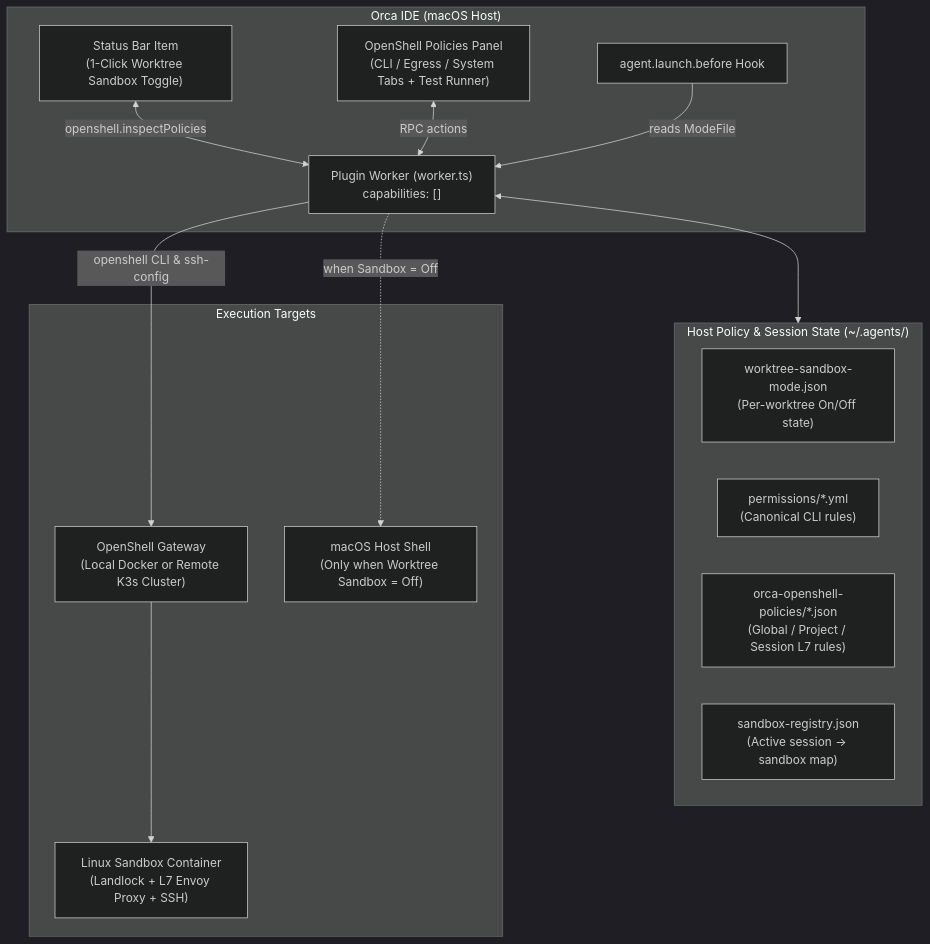
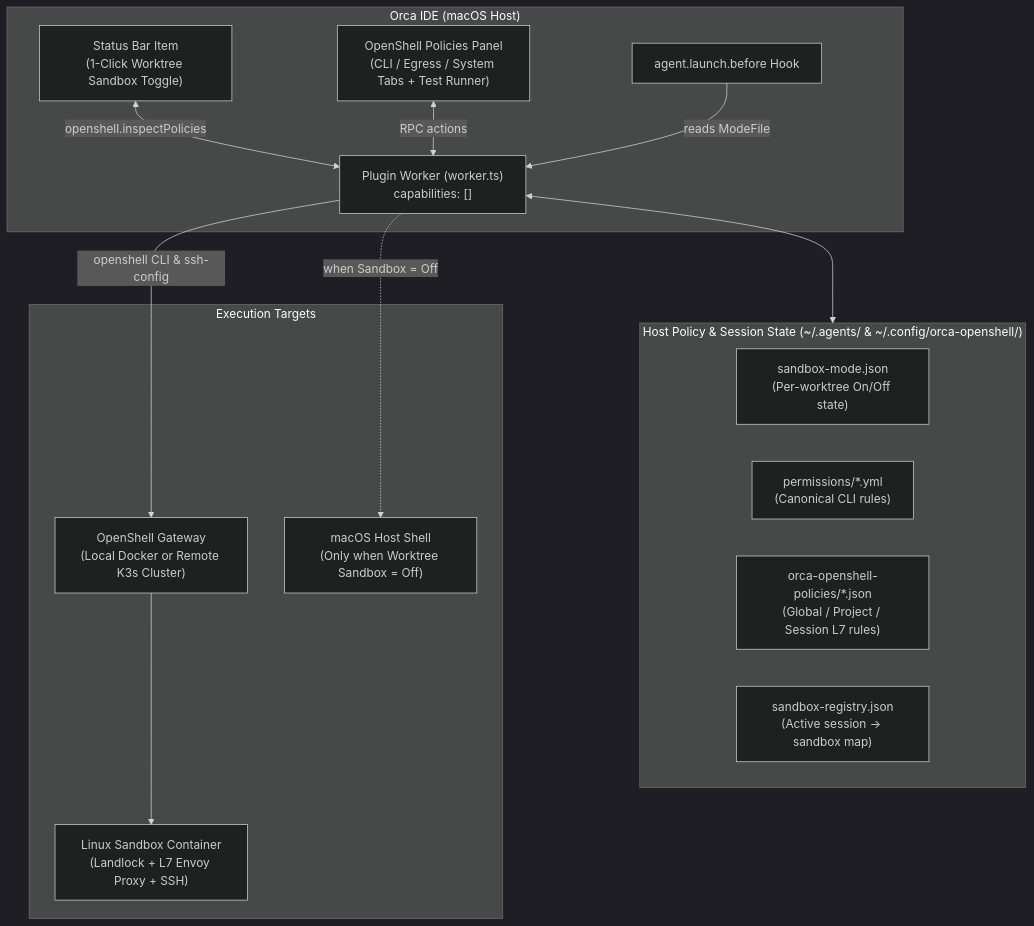
One commit to klcd/ade-nvidia-openshell-plugin changed the diagram in orca-plugin/README.md. Above: the diagram before and after it, drawn with Mermaid (dark theme). The commit also changed other lines of this file and 2 other files, not shown here.

````diff
--- a/orca-plugin/README.md
+++ b/orca-plugin/README.md
@@ -41,30 +41,30 @@
 ```mermaid
 flowchart TB
     subgraph Orca["Orca IDE (macOS Host)"]
       StatusBar["Status Bar Item<br/>(1-Click Worktree Sandbox Toggle)"]
       Panel["OpenShell Policies Panel<br/>(CLI / Egress / System Tabs + Test Runner)"]
       Worker["Plugin Worker (worker.ts)<br/>capabilities: []"]
       Hook["agent.launch.before Hook"]
     end
 
-    subgraph State["Host Policy & Session State (~/.agents/)"]
-      ModeFile["worktree-sandbox-mode.json<br/>(Per-worktree On/Off state)"]
+    subgraph State["Host Policy & Session State (~/.agents/ & ~/.config/orca-openshell/)"]
+      ModeFile["sandbox-mode.json<br/>(Per-worktree On/Off state)"]
       Perms["permissions/*.yml<br/>(Canonical CLI rules)"]
       L7Policies["orca-openshell-policies/*.json<br/>(Global / Project / Session L7 rules)"]
       Registry["sandbox-registry.json<br/>(Active session -> sandbox map)"]
     end
 
     subgraph Runtime["Execution Targets"]
       Gateway["OpenShell Gateway<br/>(Local Docker or Remote K3s Cluster)"]
       Sandbox["Linux Sandbox Container<br/>(Landlock + L7 Envoy Proxy + SSH)"]
       HostShell["macOS Host Shell<br/>(Only when Worktree Sandbox = Off)"]
     end
 
     StatusBar <-->|openshell.inspectPolicies| Worker
     Panel <-->|RPC actions| Worker
     Worker <--> State
     Hook -->|reads ModeFile| Worker
     Worker -->|openshell CLI & ssh-config| Gateway
     Gateway --> Sandbox
     Worker -.->|when Sandbox = Off| HostShell
 ```
````
